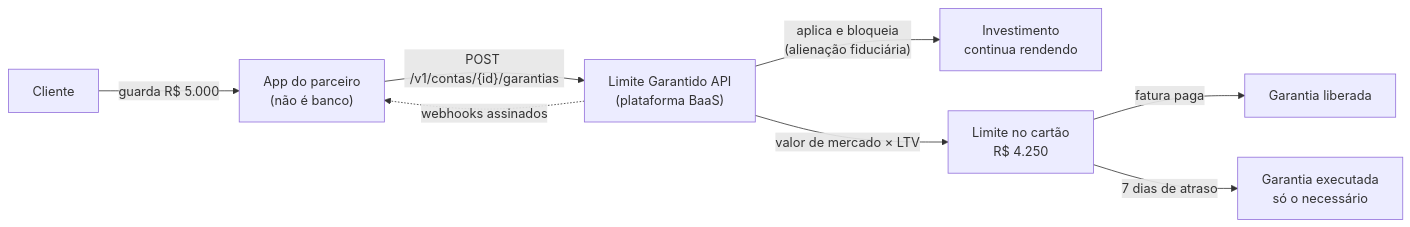
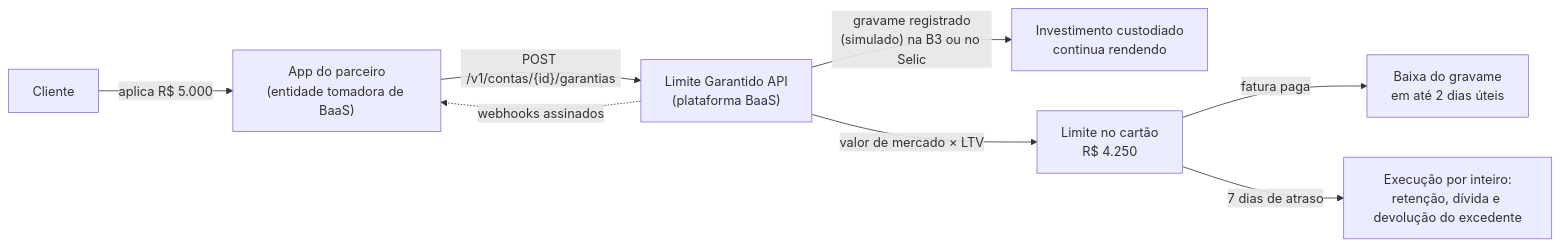
Before and after one commit to EnzoRenato16/limite-garantido-api: the first of 2 diagrams in README.md, drawn with Mermaid. The commit also changed other lines of this file and 23 other files, not shown here.

````diff
--- a/README.md
+++ b/README.md
@@ -28,10 +30,10 @@
 ```mermaid
 flowchart LR
-    C["Cliente"] -- "guarda R$ 5.000" --> P["App do parceiro<br/>(não é banco)"]
+    C["Cliente"] -- "aplica R$ 5.000" --> P["App do parceiro<br/>(entidade tomadora de BaaS)"]
     P -- "POST /v1/contas/{id}/garantias" --> A["Limite Garantido API<br/>(plataforma BaaS)"]
-    A -- "aplica e bloqueia<br/>(alienação fiduciária)" --> I["Investimento<br/>continua rendendo"]
+    A -- "gravame registrado<br/>(simulado) na B3 ou no Selic" --> I["Investimento custodiado<br/>continua rendendo"]
     A -- "valor de mercado × LTV" --> L["Limite no cartão<br/>R$ 4.250"]
     A -. "webhooks assinados" .-> P
-    L -- "fatura paga" --> R["Garantia liberada"]
-    L -- "7 dias de atraso" --> E["Garantia executada<br/>só o necessário"]
+    L -- "fatura paga" --> R["Baixa do gravame<br/>em até 2 dias úteis"]
+    L -- "7 dias de atraso" --> E["Execução por inteiro:<br/>retenção, dívida e devolução do excedente"]
 ```
````
